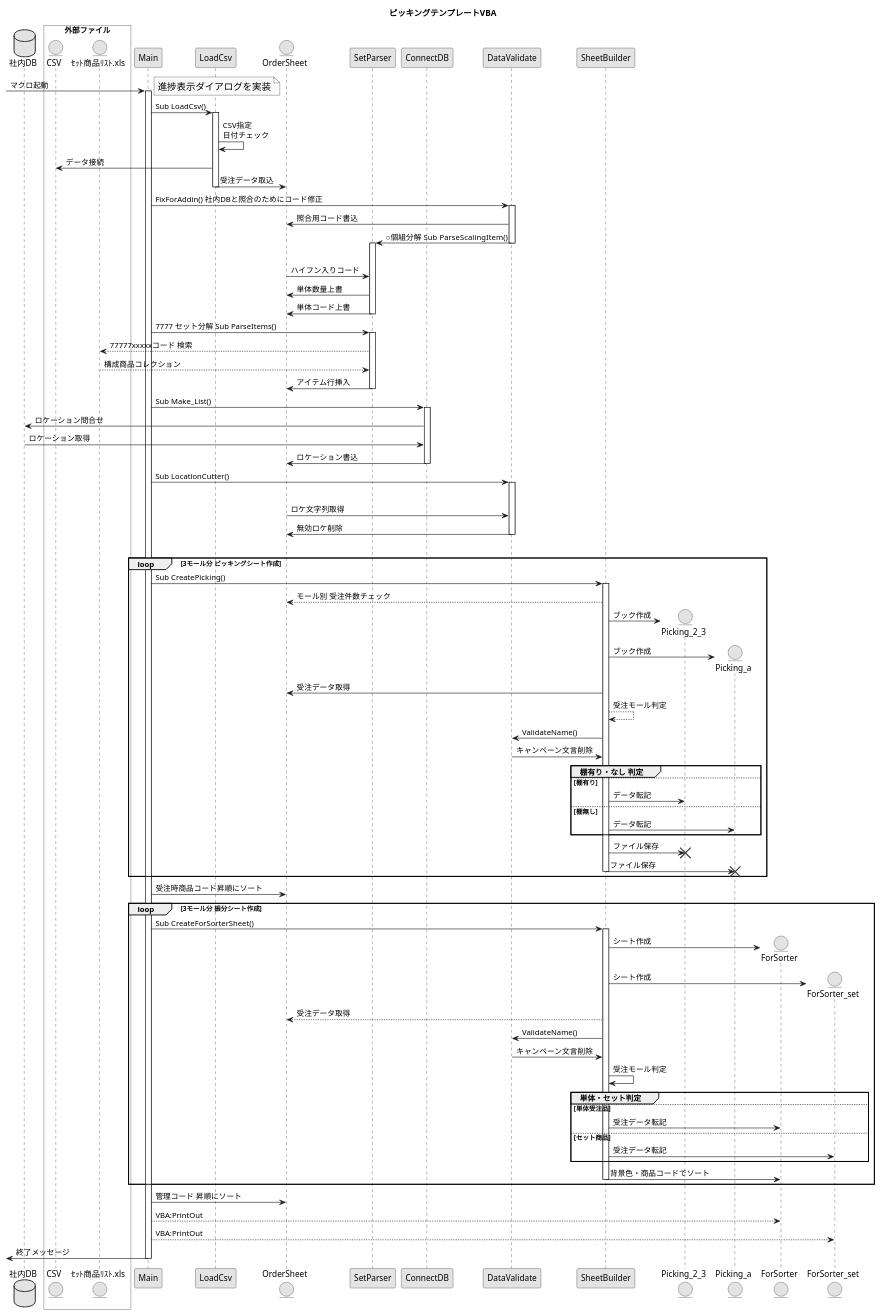
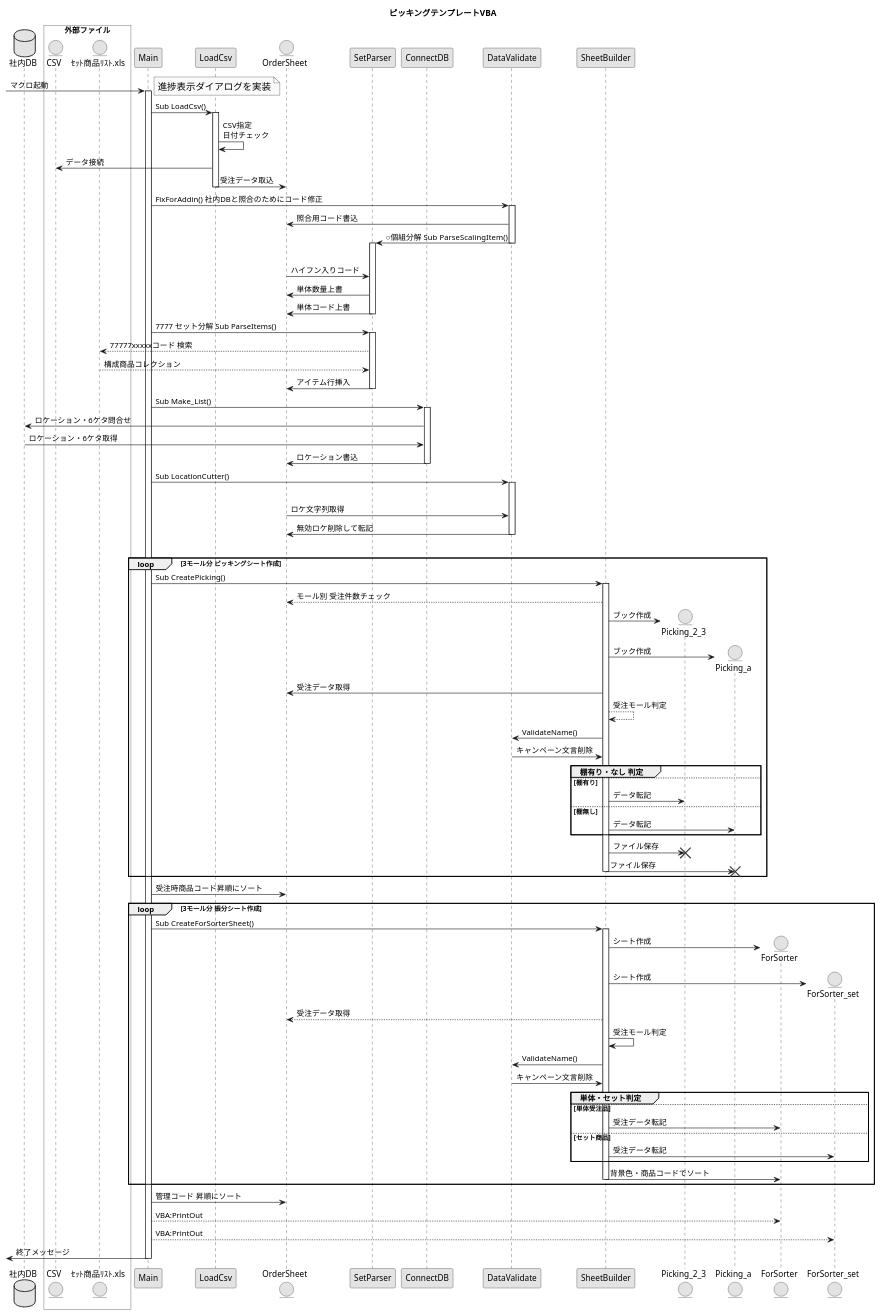
The diagram in picking_create_vba.puml (akiya64/back-yard-macros), drawn with PlantUML before and after one commit. The commit also changed 62 other files, not shown here.

```diff
--- a/picking_create_vba.puml
+++ b/picking_create_vba.puml
@@ -1,169 +1,169 @@
 @startuml picking_create_vba
 
 skinparam monochrome true
 skinparam packageFontSize 25
 
 title ピッキングテンプレートVBA
 
 database 社内DB
 
 box "外部ファイル" #white
     entity CSV
     entity ｾｯﾄ商品ﾘｽﾄ.xls
 end box
 
 participant Main
 
 [-> Main : マクロ起動
 activate Main
 
 note right
   <size:16>進捗表示ダイアログを実装</size>
 end note
 
 Main -> LoadCsv : Sub LoadCsv()
 activate LoadCsv
 
 LoadCsv -> LoadCsv : CSV指定\n日付チェック
 
 CSV <- LoadCsv : データ接続
 
 entity OrderSheet
 
 LoadCsv -> OrderSheet : 受注データ取込
 deactivate LoadCsv
 
 Main -> DataValidate : FixForAddin() 社内DBと照合のためにコード修正
 activate DataValidate
 DataValidate -> OrderSheet : 照合用コード書込
 
 participant SetParser
 
 DataValidate -> SetParser : ○個組分解 Sub ParseScalingItem()
 
 deactivate DataValidate
 
 |||
 activate SetParser
 
 SetParser <- OrderSheet : ハイフン入りコード
 SetParser -> OrderSheet : 単体数量上書
 SetParser -> OrderSheet : 単体コード上書
 deactivate SetParser
 
 Main -> SetParser : 7777 セット分解 Sub ParseItems()
 
 activate SetParser
 
 ｾｯﾄ商品ﾘｽﾄ.xls <-- SetParser : 77777xxxxxコード 検索
 ｾｯﾄ商品ﾘｽﾄ.xls --> SetParser : 構成商品コレクション
 
 SetParser -> OrderSheet : アイテム行挿入
 
 deactivate SetParser
 
 Main -> ConnectDB : Sub Make_List()
 activate ConnectDB
-社内DB <- ConnectDB : ロケーション問合せ
-社内DB -> ConnectDB :ロケーション取得
+社内DB <- ConnectDB : ロケーション・6ケタ問合せ
+社内DB -> ConnectDB :ロケーション・6ケタ取得
 OrderSheet <- ConnectDB : ロケーション書込
 deactivate ConnectDB
 
 
 
 participant DataValidate
 
 Main -> DataValidate : Sub LocationCutter()
 
 activate DataValidate
 
 |||
 OrderSheet -> DataValidate :ロケ文字列取得
-OrderSheet <- DataValidate :無効ロケ削除
+OrderSheet <- DataValidate :無効ロケ削除して転記
 deactivate DataValidate
 |||
 
 deactivate DataValidate
 
 participant SheetBuilder
 
 
 loop 3モール分 ピッキングシート作成
 Main -> SheetBuilder : Sub CreatePicking()
 activate SheetBuilder
     
     OrderSheet <-- SheetBuilder : モール別 受注件数チェック
 
         create entity Picking_2_3
         SheetBuilder -> Picking_2_3 : ブック作成
 
         create entity Picking_a
         SheetBuilder -> Picking_a : ブック作成
 
         OrderSheet <- SheetBuilder : 受注データ取得
 
         SheetBuilder --> SheetBuilder : 受注モール判定
 
         DataValidate <- SheetBuilder : ValidateName()
         DataValidate -> SheetBuilder : キャンペーン文言削除 
  
         group 棚有り・なし 判定
         else 棚有り
             SheetBuilder -> Picking_2_3 : データ転記
 
         else 棚無し
             SheetBuilder -> Picking_a : データ転記
         end 
 
     SheetBuilder -> Picking_2_3 : ファイル保存
     destroy Picking_2_3
     SheetBuilder -> Picking_a : ファイル保存
     deactivate SheetBuilder
 
     destroy Picking_a
     deactivate SheetBuilder
 end
 
 Main -> OrderSheet : 受注時商品コード昇順にソート
 
 loop 3モール分 振分シート作成
     Main -> SheetBuilder : Sub CreateForSorterSheet()
 
         activate SheetBuilder
         create entity ForSorter
         SheetBuilder -> ForSorter : シート作成
         create entity ForSorter_set
         SheetBuilder -> ForSorter_set : シート作成
         OrderSheet <-- SheetBuilder : 受注データ取得
 
+        SheetBuilder -> SheetBuilder : 受注モール判定
+
         DataValidate <- SheetBuilder : ValidateName()
         DataValidate -> SheetBuilder : キャンペーン文言削除 
-
-        SheetBuilder -> SheetBuilder : 受注モール判定
 
         group 単体・セット判定
             else 単体受注品
 
                 SheetBuilder -> ForSorter : 受注データ転記
         
             else セット商品
 
             SheetBuilder -> ForSorter_set : 受注データ転記
     
         end 
 
             SheetBuilder -> ForSorter : 背景色・商品コードでソート
             deactivate SheetBuilder
 end
 
 Main -> OrderSheet : 管理コード 昇順にソート
 
 Main --> ForSorter : VBA:PrintOut 
 Main --> ForSorter_set : VBA:PrintOut
 
 
 [<- Main : 終了メッセージ
 
 deactivate Main
 
 @enduml
```
